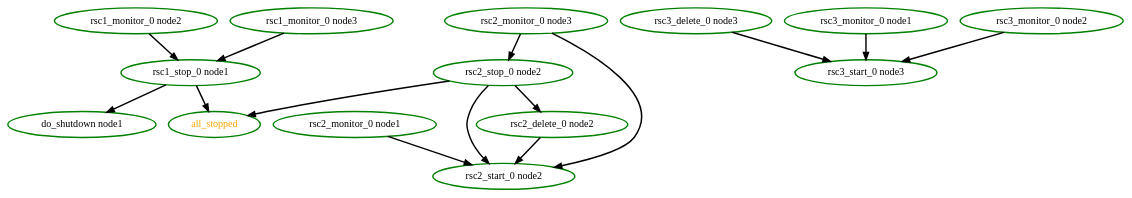
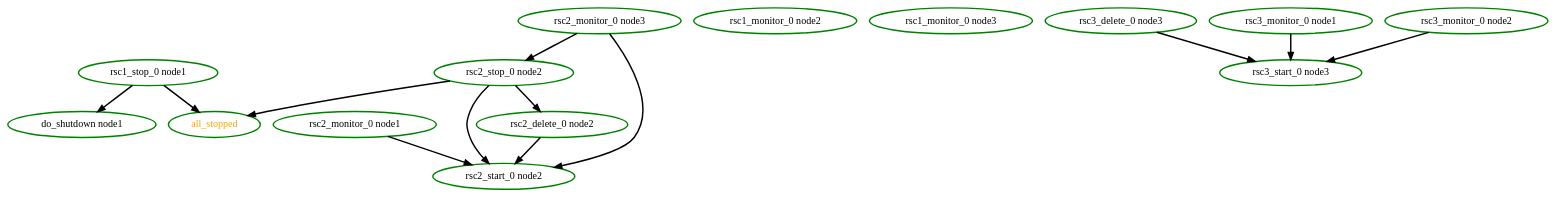
The diagram in pengine/test10/params-2.dot (ClusterLabs/pacemaker), drawn with Graphviz before and after one commit. The commit also changed 59 other files, not shown here.

```diff
--- a/pengine/test10/params-2.dot
+++ b/pengine/test10/params-2.dot
@@ -1,30 +1,28 @@
  digraph "g" {
 "all_stopped" [ style=bold color="green" fontcolor="orange" ]
 "do_shutdown node1" [ style=bold color="green" fontcolor="black" ]
-"rsc1_monitor_0 node2" -> "rsc1_stop_0 node1" [ style = bold]
 "rsc1_monitor_0 node2" [ style=bold color="green" fontcolor="black" ]
-"rsc1_monitor_0 node3" -> "rsc1_stop_0 node1" [ style = bold]
 "rsc1_monitor_0 node3" [ style=bold color="green" fontcolor="black" ]
 "rsc1_stop_0 node1" -> "all_stopped" [ style = bold]
 "rsc1_stop_0 node1" -> "do_shutdown node1" [ style = bold]
 "rsc1_stop_0 node1" [ style=bold color="green" fontcolor="black" ]
 "rsc2_delete_0 node2" -> "rsc2_start_0 node2" [ style = bold]
 "rsc2_delete_0 node2" [ style=bold color="green" fontcolor="black" ]
 "rsc2_monitor_0 node1" -> "rsc2_start_0 node2" [ style = bold]
 "rsc2_monitor_0 node1" [ style=bold color="green" fontcolor="black" ]
 "rsc2_monitor_0 node3" -> "rsc2_start_0 node2" [ style = bold]
 "rsc2_monitor_0 node3" -> "rsc2_stop_0 node2" [ style = bold]
 "rsc2_monitor_0 node3" [ style=bold color="green" fontcolor="black" ]
 "rsc2_start_0 node2" [ style=bold color="green" fontcolor="black" ]
 "rsc2_stop_0 node2" -> "all_stopped" [ style = bold]
 "rsc2_stop_0 node2" -> "rsc2_delete_0 node2" [ style = bold]
 "rsc2_stop_0 node2" -> "rsc2_start_0 node2" [ style = bold]
 "rsc2_stop_0 node2" [ style=bold color="green" fontcolor="black" ]
 "rsc3_delete_0 node3" -> "rsc3_start_0 node3" [ style = bold]
 "rsc3_delete_0 node3" [ style=bold color="green" fontcolor="black"]
 "rsc3_monitor_0 node1" -> "rsc3_start_0 node3" [ style = bold]
 "rsc3_monitor_0 node1" [ style=bold color="green" fontcolor="black" ]
 "rsc3_monitor_0 node2" -> "rsc3_start_0 node3" [ style = bold]
 "rsc3_monitor_0 node2" [ style=bold color="green" fontcolor="black" ]
 "rsc3_start_0 node3" [ style=bold color="green" fontcolor="black" ]
 }
```
